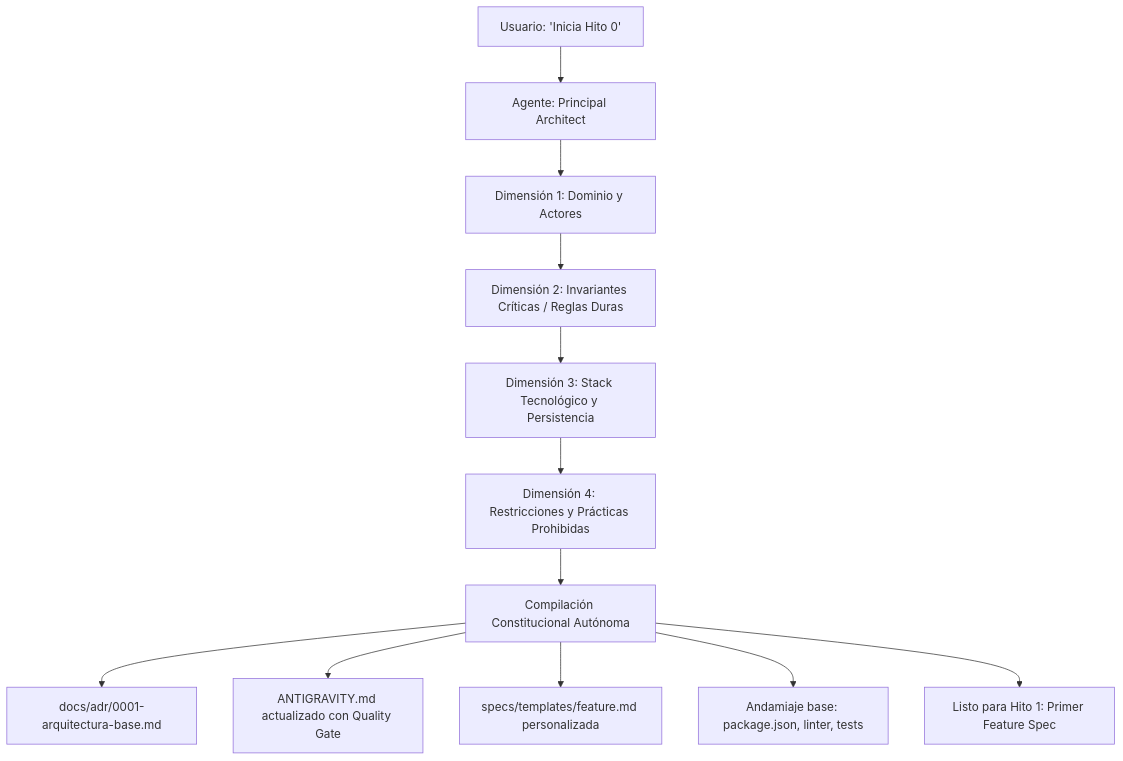
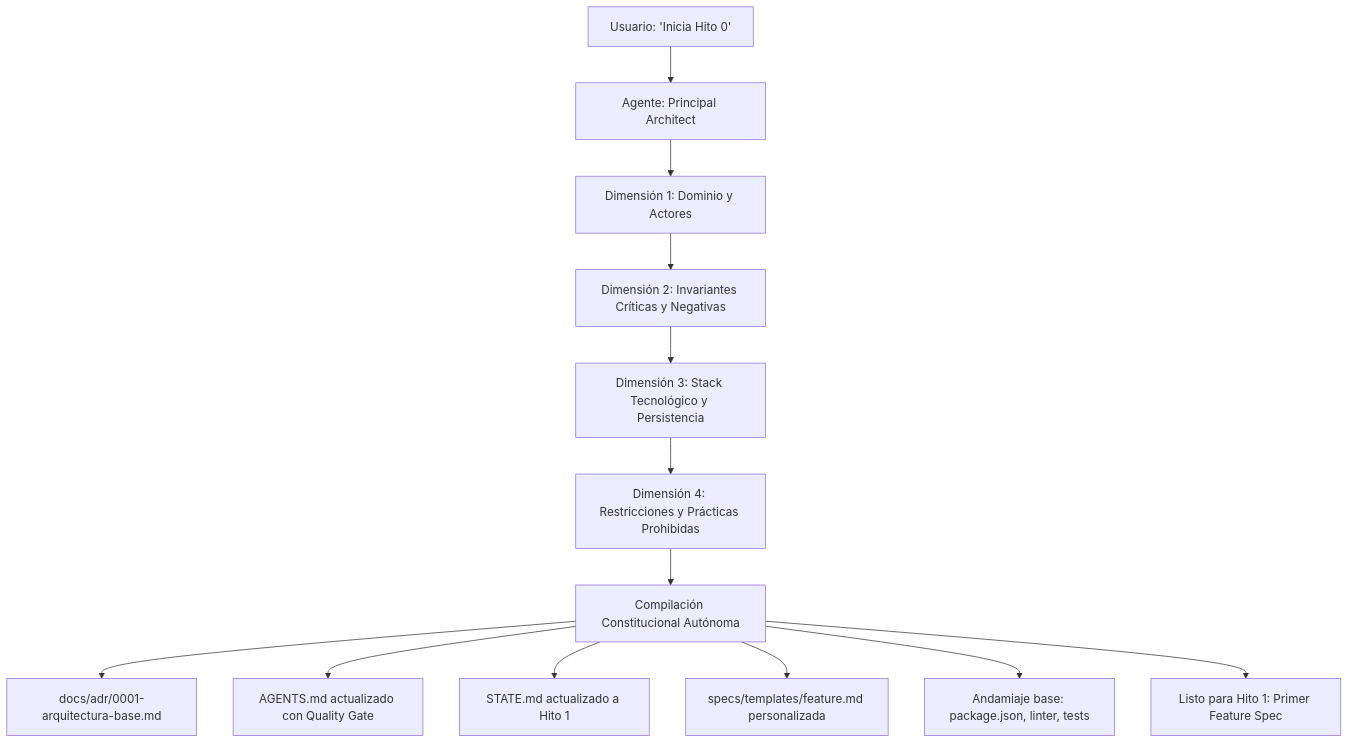
Before and after one commit to Zer0x25/Hito-0: the diagram in README.md, drawn with Mermaid. The commit also changed other lines of this file and 9 other files, not shown here.

Commit message:
refactor: estandarizar a AGENTS.md, .agents, STATE.md y modularidad src/tests

````diff
--- a/README.md
+++ b/README.md
@@ -38,14 +38,15 @@
 ```mermaid
 flowchart TD
     A[Usuario: 'Inicia Hito 0'] --> B[Agente: Principal Architect]
     B --> C1[Dimensión 1: Dominio y Actores]
-    C1 --> C2[Dimensión 2: Invariantes Críticas / Reglas Duras]
+    C1 --> C2[Dimensión 2: Invariantes Críticas y Negativas]
     C2 --> C3[Dimensión 3: Stack Tecnológico y Persistencia]
     C3 --> C4[Dimensión 4: Restricciones y Prácticas Prohibidas]
     C4 --> D[Compilación Constitucional Autónoma]
     D --> E1[docs/adr/0001-arquitectura-base.md]
-    D --> E2[ANTIGRAVITY.md actualizado con Quality Gate]
-    D --> E3[specs/templates/feature.md personalizada]
-    D --> E4[Andamiaje base: package.json, linter, tests]
+    D --> E2[AGENTS.md actualizado con Quality Gate]
+    D --> E3[STATE.md actualizado a Hito 1]
+    D --> E4[specs/templates/feature.md personalizada]
+    D --> E5[Andamiaje base: package.json, linter, tests]
     D --> F[Listo para Hito 1: Primer Feature Spec]
 ```
````
